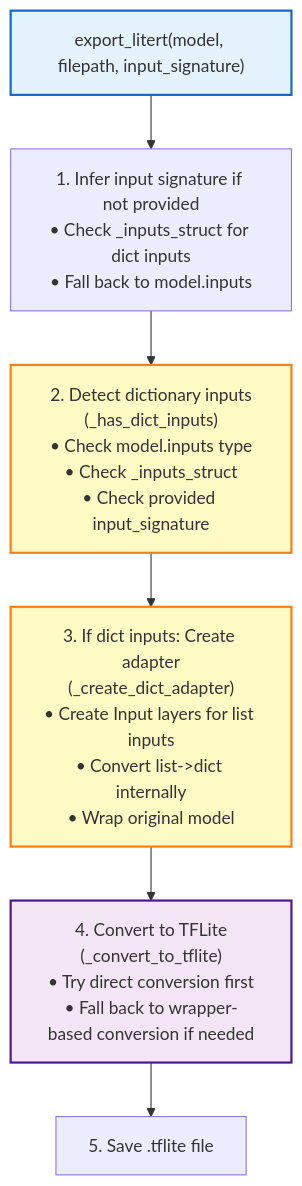
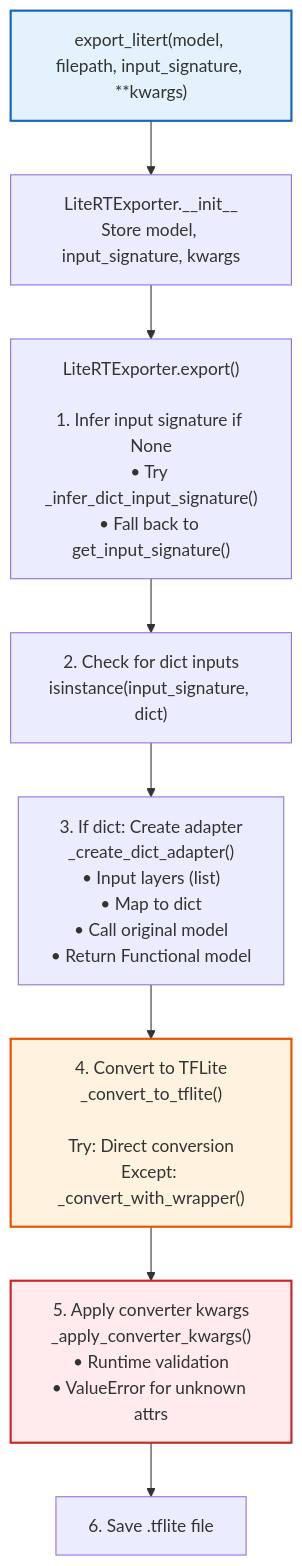
The second of 5 diagrams in LiteRT Export design doc reviewed.md (pctablet505/litert-export-docs), drawn with Mermaid before and after one commit. The commit also changed other lines of this file, not shown here.

Commit message:
Update LiteRT Export design doc reviewed.md

````diff
--- a/LiteRT Export design doc reviewed.md
+++ b/LiteRT Export design doc reviewed.md
@@ -255,20 +266,23 @@
 ```mermaid
 flowchart TD
-    A["export_litert(model, filepath, input_signature)"]
-    B["1. Infer input signature if not provided<br/>• Check _inputs_struct for dict inputs<br/>• Fall back to model.inputs"]
-    C["2. Detect dictionary inputs<br/>(_has_dict_inputs)<br/>• Check model.inputs type<br/>• Check _inputs_struct<br/>• Check provided input_signature"]
-    D["3. If dict inputs: Create adapter<br/>(_create_dict_adapter)<br/>• Create Input layers for list inputs<br/>• Convert list->dict internally<br/>• Wrap original model"]
-    E["4. Convert to TFLite<br/>(_convert_to_tflite)<br/>• Try direct conversion first<br/>• Fall back to wrapper-based conversion if needed"]
-    F["5. Save .tflite file"]
+    A["export_litert(model, filepath, input_signature, **kwargs)"]
+    B["LiteRTExporter.__init__<br/>Store model, input_signature, kwargs"]
+    C["LiteRTExporter.export()<br/><br/>1. Infer input signature if None<br/>• Try _infer_dict_input_signature()<br/>• Fall back to get_input_signature()"]
+    D["2. Check for dict inputs<br/>isinstance(input_signature, dict)"]
+    E["3. If dict: Create adapter<br/>_create_dict_adapter()<br/>• Input layers (list)<br/>• Map to dict<br/>• Call original model<br/>• Return Functional model"]
+    F["4. Convert to TFLite<br/>_convert_to_tflite()<br/><br/>Try: Direct conversion<br/>Except: _convert_with_wrapper()"]
+    G["5. Apply converter kwargs<br/>_apply_converter_kwargs()<br/>• Runtime validation<br/>• ValueError for unknown attrs"]
+    H["6. Save .tflite file"]
     
     A --> B
     B --> C
     C --> D
     D --> E
     E --> F
+    F --> G
+    G --> H
     
     style A fill:#e3f2fd,stroke:#1565c0,stroke-width:2px
-    style C fill:#fff9c4,stroke:#f57f17,stroke-width:2px
-    style D fill:#fff9c4,stroke:#f57f17,stroke-width:2px
-    style E fill:#f3e5f5,stroke:#4a148c,stroke-width:2px
+    style F fill:#fff3e0,stroke:#e65100,stroke-width:2px
+    style G fill:#ffebee,stroke:#c62828,stroke-width:2px
 ```
````
